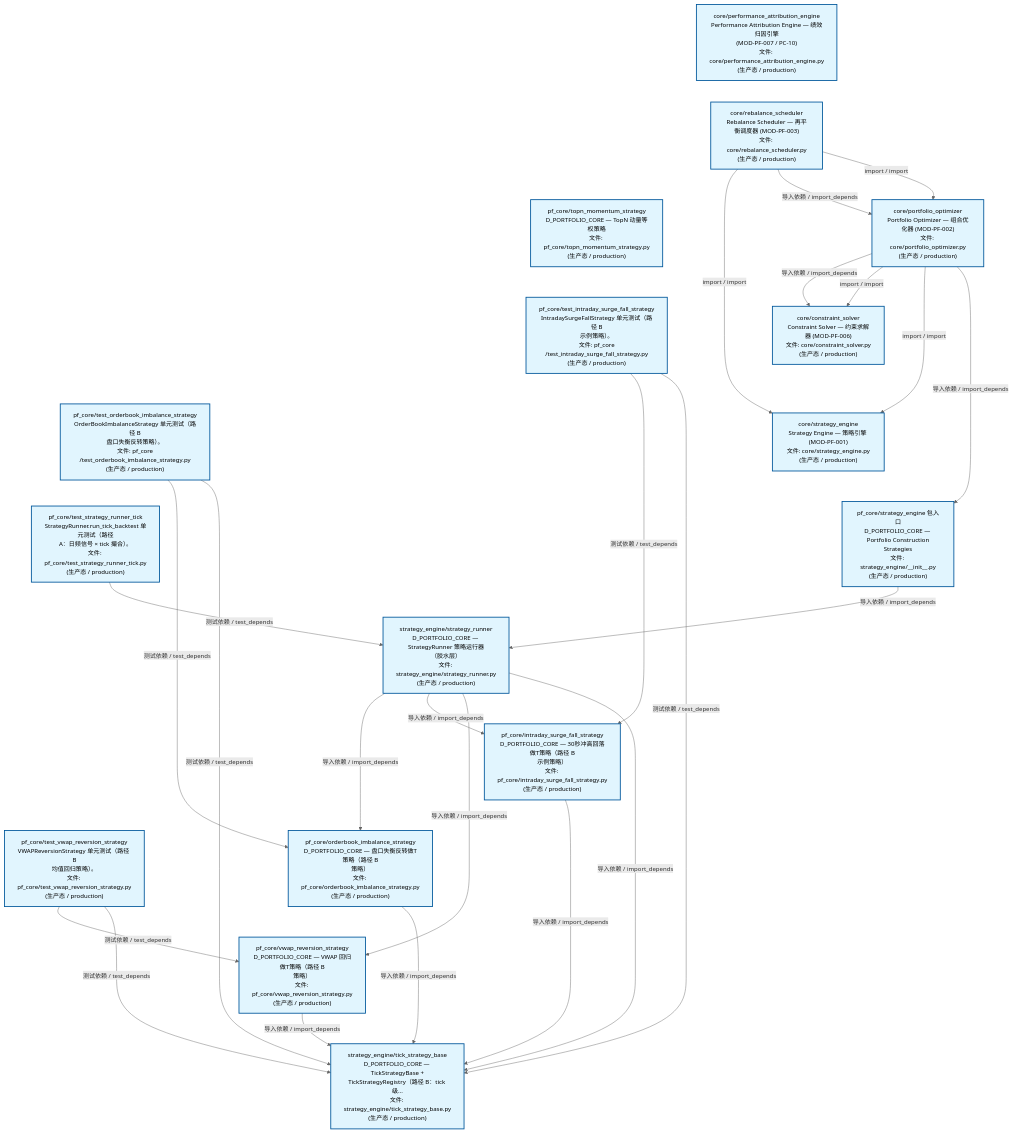
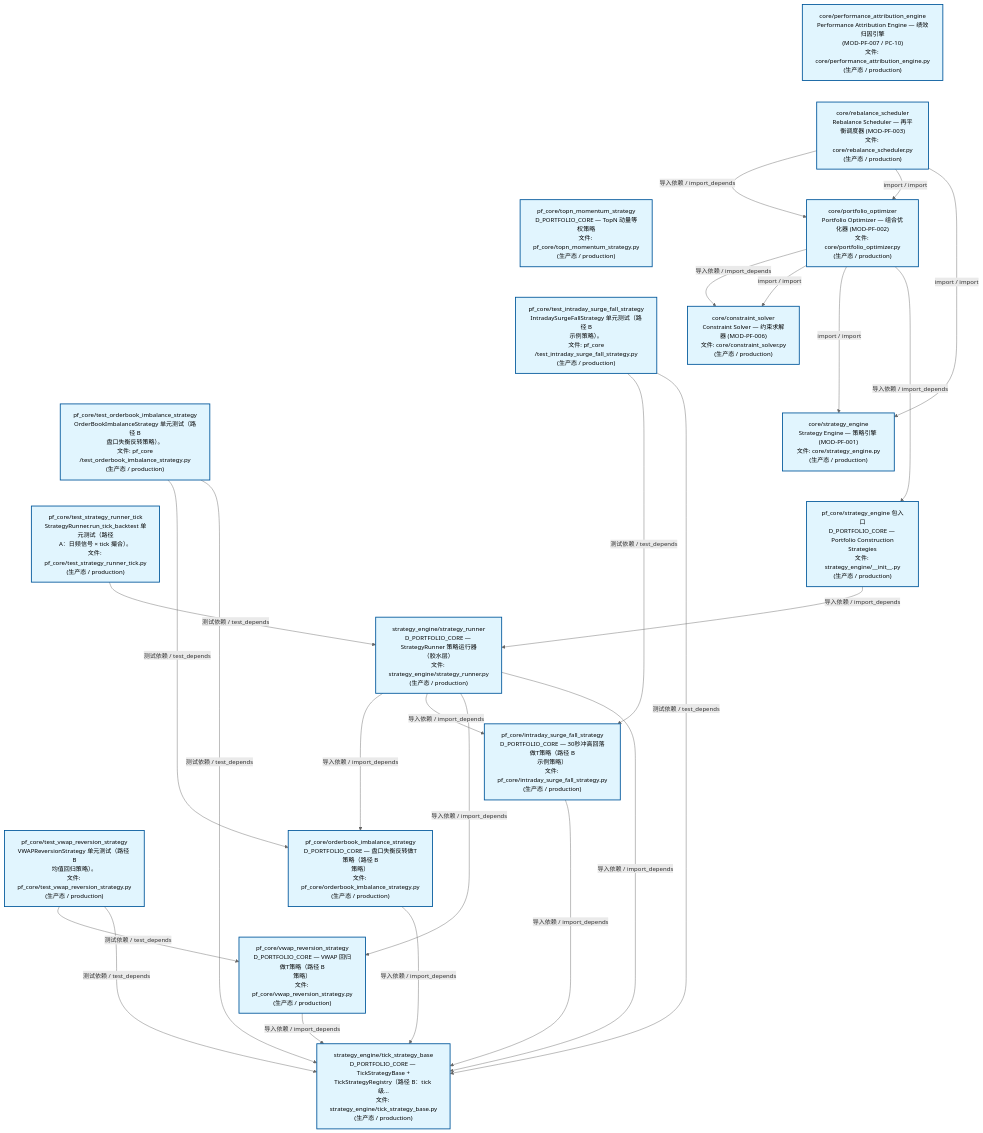
The second of 3 diagrams in docs/02_enterprise_architecture/02_domain_architecture_docs/63_d_pf_core.md (xuanFelixVan/ZephyrAlpha), drawn with Mermaid before and after one commit. The commit also changed other lines of this file and 51 other files, not shown here.

````diff
--- a/docs/02_enterprise_architecture/02_domain_architecture_docs/63_d_pf_core.md
+++ b/docs/02_enterprise_architecture/02_domain_architecture_docs/63_d_pf_core.md
@@ -139,57 +140,57 @@
 ```mermaid
 %%{init: {'theme': 'base', 'themeVariables': {'primaryColor': '#eaeaea', 'primaryTextColor': '#333333', 'primaryBorderColor': '#666666', 'lineColor': '#666666', 'secondaryColor': '#eaeaea', 'tertiaryColor': '#eaeaea', 'fontSize': '14px'}}}%%
 flowchart TD
     src_zephyr_pf_core_core_performance_attribution_engine_py["core/performance_attribution_engine<br/>Performance Attribution Engine — 绩效归因引擎<br/>(MOD-PF-007 / PC-10)<br/>文件: core/performance_attribution_engine.py<br/>(生产态 / production)"]
     src_zephyr_pf_core_core_rebalance_scheduler_py["core/rebalance_scheduler<br/>Rebalance Scheduler — 再平衡调度器 (MOD-PF-003)<br/>文件: core/rebalance_scheduler.py<br/>(生产态 / production)"]
     src_zephyr_pf_core_topn_momentum_strategy_py["pf_core/topn_momentum_strategy<br/>D_PORTFOLIO_CORE — TopN 动量等权策略<br/>文件: pf_core/topn_momentum_strategy.py<br/>(生产态 / production)"]
     tests_pf_core_test_intraday_surge_fall_strategy_py["pf_core/test_intraday_surge_fall_strategy<br/>IntradaySurgeFallStrategy 单元测试（路径 B<br/>示例策略）。<br/>文件: pf_core<br/>/test_intraday_surge_fall_strategy.py<br/>(生产态 / production)"]
     tests_pf_core_test_orderbook_imbalance_strategy_py["pf_core/test_orderbook_imbalance_strategy<br/>OrderBookImbalanceStrategy 单元测试（路径 B<br/>盘口失衡反转策略）。<br/>文件: pf_core<br/>/test_orderbook_imbalance_strategy.py<br/>(生产态 / production)"]
     tests_pf_core_test_strategy_runner_tick_py["pf_core/test_strategy_runner_tick<br/>StrategyRunner.run_tick_backtest 单元测试（路径<br/>A：日频信号 × tick 撮合）。<br/>文件: pf_core/test_strategy_runner_tick.py<br/>(生产态 / production)"]
     tests_pf_core_test_vwap_reversion_strategy_py["pf_core/test_vwap_reversion_strategy<br/>VWAPReversionStrategy 单元测试（路径 B<br/>均值回归策略）。<br/>文件: pf_core/test_vwap_reversion_strategy.py<br/>(生产态 / production)"]
     src_zephyr_pf_core_core_performance_attribution_engine_py ~~~ src_zephyr_pf_core_core_rebalance_scheduler_py
     src_zephyr_pf_core_core_rebalance_scheduler_py ~~~ src_zephyr_pf_core_topn_momentum_strategy_py
     src_zephyr_pf_core_topn_momentum_strategy_py ~~~ tests_pf_core_test_intraday_surge_fall_strategy_py
     tests_pf_core_test_intraday_surge_fall_strategy_py ~~~ tests_pf_core_test_orderbook_imbalance_strategy_py
     tests_pf_core_test_orderbook_imbalance_strategy_py ~~~ tests_pf_core_test_strategy_runner_tick_py
     tests_pf_core_test_strategy_runner_tick_py ~~~ tests_pf_core_test_vwap_reversion_strategy_py
     src_zephyr_pf_core_core_portfolio_optimizer_py["core/portfolio_optimizer<br/>Portfolio Optimizer — 组合优化器 (MOD-PF-002)<br/>文件: core/portfolio_optimizer.py<br/>(生产态 / production)"]
     src_zephyr_pf_core_core_constraint_solver_py["core/constraint_solver<br/>Constraint Solver — 约束求解器 (MOD-PF-006)<br/>文件: core/constraint_solver.py<br/>(生产态 / production)"]
     src_zephyr_pf_core_core_strategy_engine_py["core/strategy_engine<br/>Strategy Engine — 策略引擎 (MOD-PF-001)<br/>文件: core/strategy_engine.py<br/>(生产态 / production)"]
     src_zephyr_pf_core_strategy_engine_init_py["pf_core/strategy_engine 包入口<br/>D_PORTFOLIO_CORE — Portfolio Construction<br/>Strategies<br/>文件: strategy_engine/__init__.py<br/>(生产态 / production)"]
     src_zephyr_pf_core_core_constraint_solver_py ~~~ src_zephyr_pf_core_core_strategy_engine_py
     src_zephyr_pf_core_core_strategy_engine_py ~~~ src_zephyr_pf_core_strategy_engine_init_py
     src_zephyr_pf_core_strategy_engine_strategy_runner_py["strategy_engine/strategy_runner<br/>D_PORTFOLIO_CORE — StrategyRunner 策略运行器<br/>（胶水层）<br/>文件: strategy_engine/strategy_runner.py<br/>(生产态 / production)"]
     src_zephyr_pf_core_intraday_surge_fall_strategy_py["pf_core/intraday_surge_fall_strategy<br/>D_PORTFOLIO_CORE — 30秒冲高回落做T策略（路径 B<br/>示例策略）<br/>文件: pf_core/intraday_surge_fall_strategy.py<br/>(生产态 / production)"]
     src_zephyr_pf_core_orderbook_imbalance_strategy_py["pf_core/orderbook_imbalance_strategy<br/>D_PORTFOLIO_CORE — 盘口失衡反转做T策略（路径 B<br/>策略）<br/>文件: pf_core/orderbook_imbalance_strategy.py<br/>(生产态 / production)"]
     src_zephyr_pf_core_vwap_reversion_strategy_py["pf_core/vwap_reversion_strategy<br/>D_PORTFOLIO_CORE — VWAP 回归做T策略（路径 B<br/>策略）<br/>文件: pf_core/vwap_reversion_strategy.py<br/>(生产态 / production)"]
     src_zephyr_pf_core_intraday_surge_fall_strategy_py ~~~ src_zephyr_pf_core_orderbook_imbalance_strategy_py
     src_zephyr_pf_core_orderbook_imbalance_strategy_py ~~~ src_zephyr_pf_core_vwap_reversion_strategy_py
     src_zephyr_pf_core_strategy_engine_tick_strategy_base_py["strategy_engine/tick_strategy_base<br/>D_PORTFOLIO_CORE — TickStrategyBase +<br/>TickStrategyRegistry（路径 B：tick 级...<br/>文件: strategy_engine/tick_strategy_base.py<br/>(生产态 / production)"]
     src_zephyr_pf_core_orderbook_imbalance_strategy_py -->|导入依赖 / import_depends| src_zephyr_pf_core_strategy_engine_tick_strategy_base_py
     src_zephyr_pf_core_intraday_surge_fall_strategy_py -->|导入依赖 / import_depends| src_zephyr_pf_core_strategy_engine_tick_strategy_base_py
-    src_zephyr_pf_core_vwap_reversion_strategy_py -->|导入依赖 / import_depends| src_zephyr_pf_core_strategy_engine_tick_strategy_base_py
-    src_zephyr_pf_core_core_rebalance_scheduler_py -->|import / import| src_zephyr_pf_core_core_strategy_engine_py
     src_zephyr_pf_core_core_rebalance_scheduler_py -->|导入依赖 / import_depends| src_zephyr_pf_core_core_portfolio_optimizer_py
     src_zephyr_pf_core_core_rebalance_scheduler_py -->|import / import| src_zephyr_pf_core_core_portfolio_optimizer_py
+    src_zephyr_pf_core_core_rebalance_scheduler_py -->|import / import| src_zephyr_pf_core_core_strategy_engine_py
+    src_zephyr_pf_core_vwap_reversion_strategy_py -->|导入依赖 / import_depends| src_zephyr_pf_core_strategy_engine_tick_strategy_base_py
     src_zephyr_pf_core_core_portfolio_optimizer_py -->|导入依赖 / import_depends| src_zephyr_pf_core_core_constraint_solver_py
     src_zephyr_pf_core_core_portfolio_optimizer_py -->|import / import| src_zephyr_pf_core_core_constraint_solver_py
     src_zephyr_pf_core_core_portfolio_optimizer_py -->|import / import| src_zephyr_pf_core_core_strategy_engine_py
     src_zephyr_pf_core_core_portfolio_optimizer_py -->|导入依赖 / import_depends| src_zephyr_pf_core_strategy_engine_init_py
-    src_zephyr_pf_core_strategy_engine_init_py -->|导入依赖 / import_depends| src_zephyr_pf_core_strategy_engine_strategy_runner_py
     src_zephyr_pf_core_strategy_engine_strategy_runner_py -->|导入依赖 / import_depends| src_zephyr_pf_core_orderbook_imbalance_strategy_py
     src_zephyr_pf_core_strategy_engine_strategy_runner_py -->|导入依赖 / import_depends| src_zephyr_pf_core_intraday_surge_fall_strategy_py
     src_zephyr_pf_core_strategy_engine_strategy_runner_py -->|导入依赖 / import_depends| src_zephyr_pf_core_vwap_reversion_strategy_py
     src_zephyr_pf_core_strategy_engine_strategy_runner_py -->|导入依赖 / import_depends| src_zephyr_pf_core_strategy_engine_tick_strategy_base_py
+    src_zephyr_pf_core_strategy_engine_init_py -->|导入依赖 / import_depends| src_zephyr_pf_core_strategy_engine_strategy_runner_py
     tests_pf_core_test_orderbook_imbalance_strategy_py -->|测试依赖 / test_depends| src_zephyr_pf_core_orderbook_imbalance_strategy_py
     tests_pf_core_test_orderbook_imbalance_strategy_py -->|测试依赖 / test_depends| src_zephyr_pf_core_strategy_engine_tick_strategy_base_py
     tests_pf_core_test_intraday_surge_fall_strategy_py -->|测试依赖 / test_depends| src_zephyr_pf_core_intraday_surge_fall_strategy_py
     tests_pf_core_test_intraday_surge_fall_strategy_py -->|测试依赖 / test_depends| src_zephyr_pf_core_strategy_engine_tick_strategy_base_py
     tests_pf_core_test_vwap_reversion_strategy_py -->|测试依赖 / test_depends| src_zephyr_pf_core_vwap_reversion_strategy_py
     tests_pf_core_test_vwap_reversion_strategy_py -->|测试依赖 / test_depends| src_zephyr_pf_core_strategy_engine_tick_strategy_base_py
     tests_pf_core_test_strategy_runner_tick_py -->|测试依赖 / test_depends| src_zephyr_pf_core_strategy_engine_strategy_runner_py
     classDef production fill:#e1f5fe,stroke:#01579b,stroke-width:2px,color:#000
     classDef design fill:#fff3e0,stroke:#e65100,stroke-width:2px,color:#000,stroke-dasharray: 5 5
     classDef external_prod fill:#e8f4fd,stroke:#0277bd,stroke-width:1px,color:#000
     classDef external_design fill:#fff8e7,stroke:#ef6c00,stroke-width:1px,color:#000,stroke-dasharray: 5 5
     class src_zephyr_pf_core_core_constraint_solver_py,src_zephyr_pf_core_core_performance_attribution_engine_py,src_zephyr_pf_core_core_portfolio_optimizer_py,src_zephyr_pf_core_core_rebalance_scheduler_py,src_zephyr_pf_core_core_strategy_engine_py,src_zephyr_pf_core_intraday_surge_fall_strategy_py,src_zephyr_pf_core_orderbook_imbalance_strategy_py,src_zephyr_pf_core_strategy_engine_init_py,src_zephyr_pf_core_strategy_engine_strategy_runner_py,src_zephyr_pf_core_strategy_engine_tick_strategy_base_py,src_zephyr_pf_core_topn_momentum_strategy_py,src_zephyr_pf_core_vwap_reversion_strategy_py,tests_pf_core_test_intraday_surge_fall_strategy_py,tests_pf_core_test_orderbook_imbalance_strategy_py,tests_pf_core_test_strategy_runner_tick_py,tests_pf_core_test_vwap_reversion_strategy_py production
 ```
````
